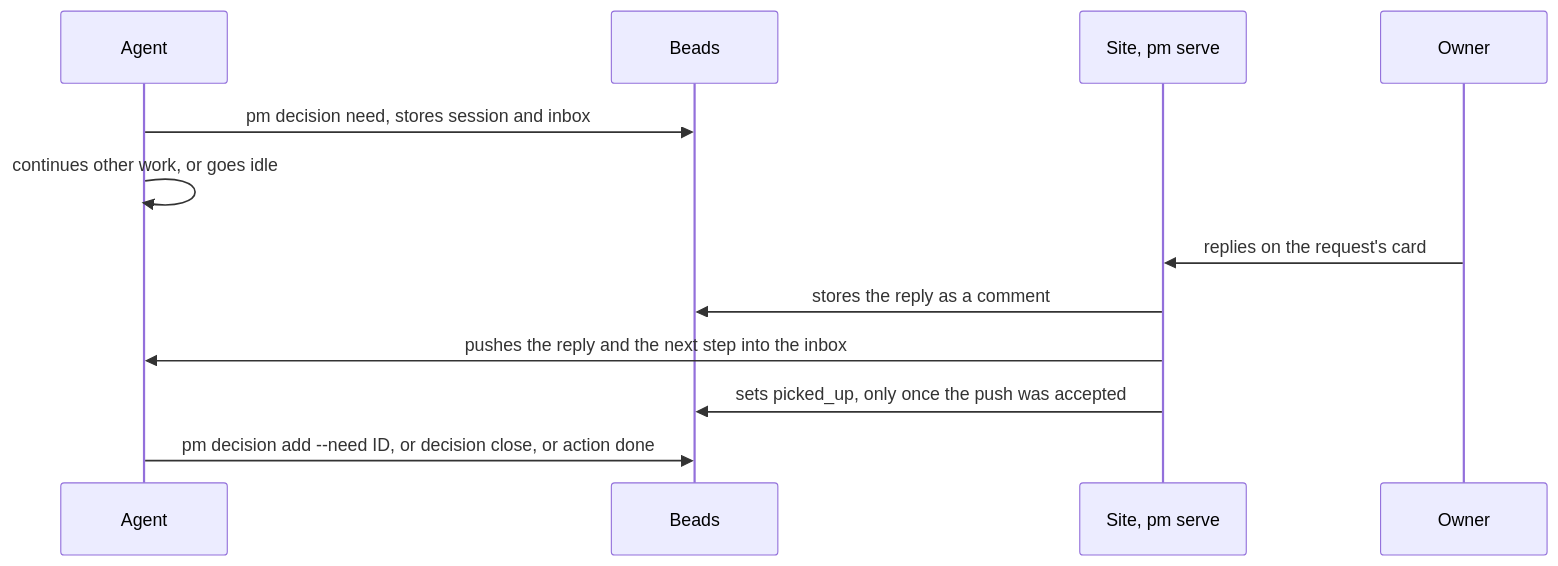
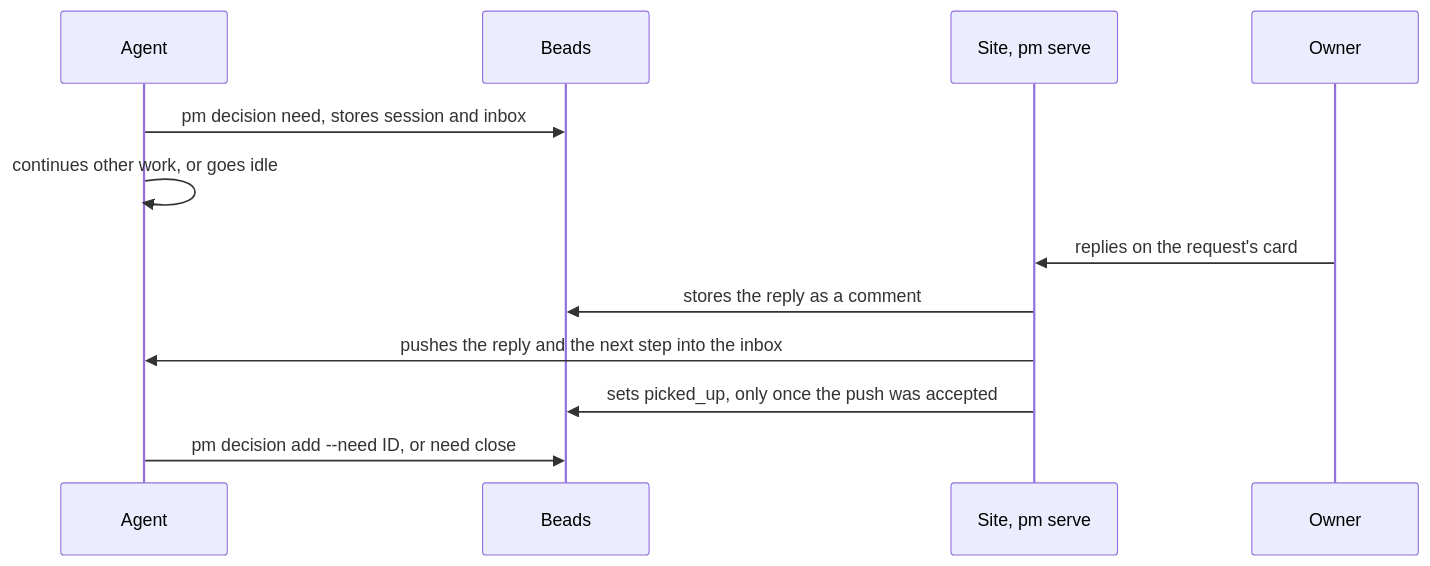
The fifth of 6 diagrams in design/agent-lifecycle.md (Yeeef/pm), drawn with Mermaid before and after one commit. The commit also changed other lines of this file and 12 other files, not shown here.

````diff
--- a/design/agent-lifecycle.md
+++ b/design/agent-lifecycle.md
@@ -297,14 +297,14 @@
 ```mermaid
 sequenceDiagram
   participant A as Agent
   participant B as Beads
   participant S as Site, pm serve
   participant O as Owner
   A->>B: pm decision need, stores session and inbox
   A->>A: continues other work, or goes idle
   O->>S: replies on the request's card
   S->>B: stores the reply as a comment
   S->>A: pushes the reply and the next step into the inbox
   S->>B: sets picked_up, only once the push was accepted
-  A->>B: pm decision add --need ID, or decision close, or action done
+  A->>B: pm decision add --need ID, or need close
 ```
````
